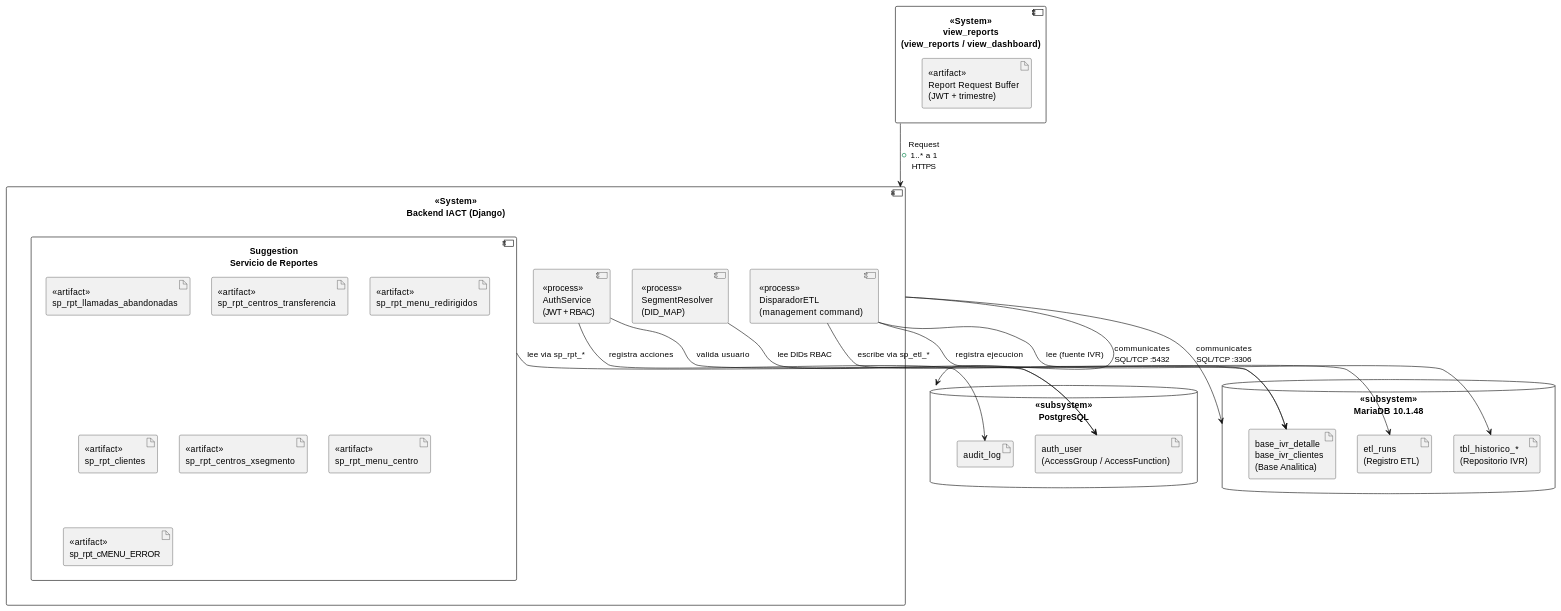
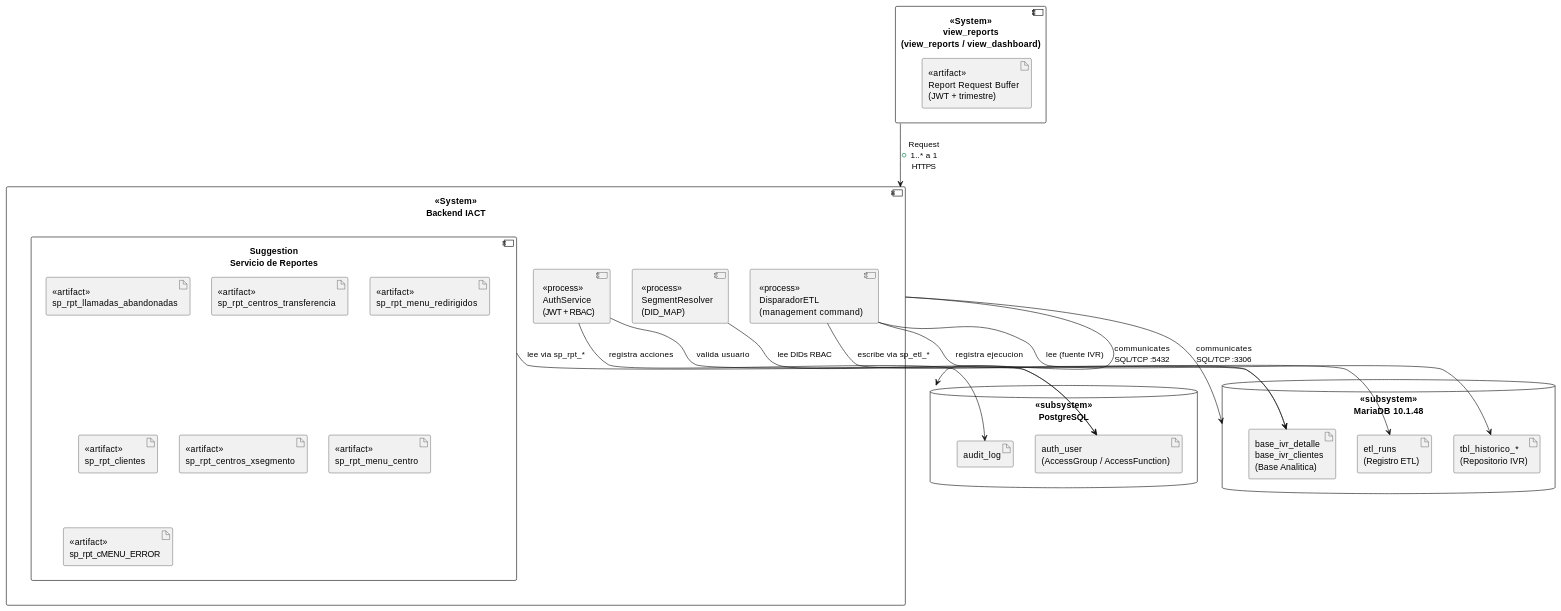
The diagram in source/arquitectura-tecnica/UMLSystemView/componentes.rst (jcg-admin/IACT-docs), drawn with PlantUML before and after one commit. The commit also changed other lines of this file and 93 other files, not shown here.

```diff
--- a/source/arquitectura-tecnica/UMLSystemView/componentes.rst
+++ b/source/arquitectura-tecnica/UMLSystemView/componentes.rst
@@ -28,48 +28,48 @@
 .. uml::
  :caption: Figura 11 — Diagrama de componentes del Sistema IACT
 
  @startuml
 
  component "<<System>>\nview_reports\n(view_reports / view_dashboard)" as COMP_RVG {
    artifact "<<artifact>>\nReport Request Buffer\n(JWT + trimestre)" as ART_REQ
  }
 
- component "<<System>>\nBackend IACT (Django)" as COMP_BACK {
+ component "<<System>>\nBackend IACT" as COMP_BACK {
    component "Suggestion\nServicio de Reportes" as SVC_OUTER {
      artifact "<<artifact>>\nsp_rpt_llamadas_abandonadas" as ART_R1
      artifact "<<artifact>>\nsp_rpt_centros_transferencia" as ART_R2
      artifact "<<artifact>>\nsp_rpt_menu_redirigidos" as ART_R3
      artifact "<<artifact>>\nsp_rpt_clientes" as ART_R4
      artifact "<<artifact>>\nsp_rpt_centros_xsegmento" as ART_R5
      artifact "<<artifact>>\nsp_rpt_menu_centro" as ART_R6
      artifact "<<artifact>>\nsp_rpt_cMENU_ERROR" as ART_R7
    }
    component "<<process>>\nAuthService\n(JWT + RBAC)" as SVC_AUTH
    component "<<process>>\nSegmentResolver\n(DID_MAP)" as SVC_SEG
    component "<<process>>\nDisparadorETL\n(management command)" as SVC_ETL
  }
 
  database "<<subsystem>>\nMariaDB 10.1.48" as DB_MARIA {
    artifact "tbl_historico_*\n(Repositorio IVR)" as ART_HIST
    artifact "base_ivr_detalle\nbase_ivr_clientes\n(Base Analitica)" as ART_BASE
    artifact "etl_runs\n(Registro ETL)" as ART_ETLRUNS
  }
 
  database "<<subsystem>>\nPostgreSQL" as DB_PG {
    artifact "auth_user\n(AccessGroup / AccessFunction)" as ART_USERS
    artifact "audit_log" as ART_AUDIT
  }
 
  COMP_RVG --> COMP_BACK : +Request\n1..* a 1\nHTTPS
  COMP_BACK --> DB_MARIA : communicates\nSQL/TCP :3306
  COMP_BACK --> DB_PG : communicates\nSQL/TCP :5432
 
  SVC_ETL --> ART_HIST : lee (fuente IVR)
  SVC_ETL --> ART_BASE : escribe via sp_etl_*
  SVC_ETL --> ART_ETLRUNS : registra ejecucion
  SVC_OUTER --> ART_BASE : lee via sp_rpt_*
  SVC_SEG --> ART_USERS : lee DIDs RBAC
  SVC_AUTH --> ART_USERS : valida usuario
  SVC_AUTH --> ART_AUDIT : registra acciones
 
  @enduml
```
